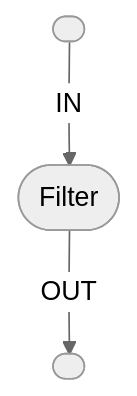
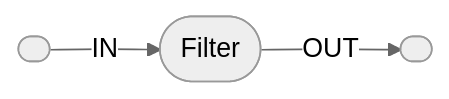
The diagram in docs/systems/fbp.md (OpenAgentsInc/openagents), drawn with Mermaid (neutral theme) before and after one commit.

````diff
--- a/docs/systems/fbp.md
+++ b/docs/systems/fbp.md
@@ -3,5 +3,5 @@
 ```mermaid
-graph TD
+graph LR
     A([ ]) -->|IN| B([Filter])
     B -->|OUT| C([ ])
 ```
````
